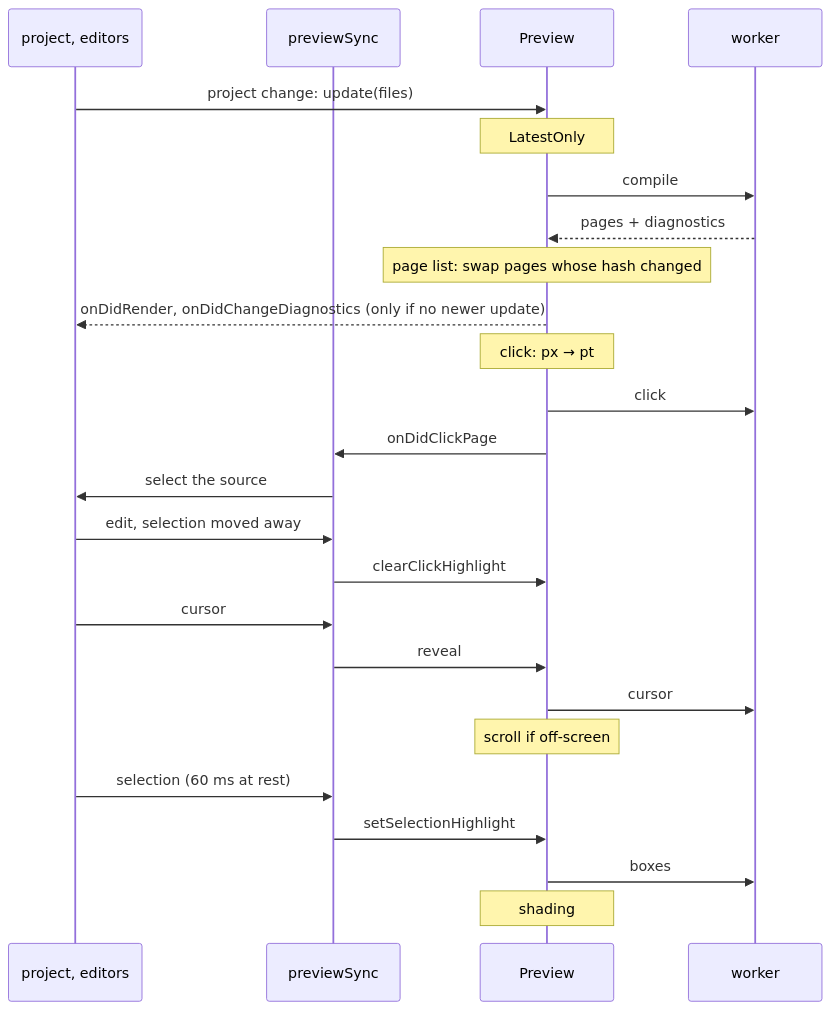
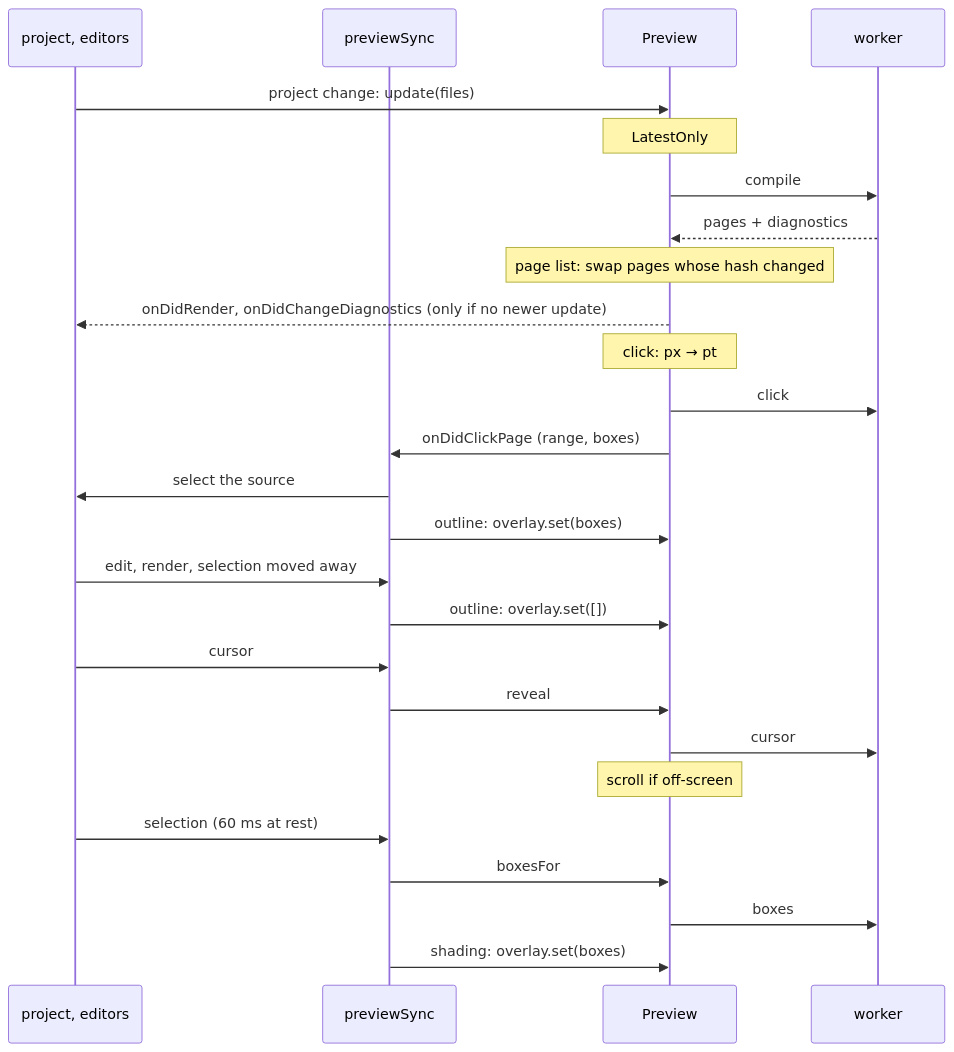
One commit to sandstorm/zwiebelfisch changed the diagram in docs/diagrams/preview-flow.mmd. Above: the diagram before and after it, drawn with Mermaid. The commit also changed 26 other files, not shown here.

First line of the commit message:
Page overlays: a preview contribution point; click outline and selection shading into preview-sync

```diff
--- a/docs/diagrams/preview-flow.mmd
+++ b/docs/diagrams/preview-flow.mmd
@@ -1,25 +1,26 @@
 sequenceDiagram
   participant E as project, editors
   participant S as previewSync
   participant P as Preview
   participant W as worker
   E->>P: project change: update(files)
   Note over P: LatestOnly
   P->>W: compile
   W-->>P: pages + diagnostics
   Note over P: page list: swap pages whose hash changed
   P-->>E: onDidRender, onDidChangeDiagnostics (only if no newer update)
   Note over P: click: px → pt
   P->>W: click
-  P->>S: onDidClickPage
+  P->>S: onDidClickPage (range, boxes)
   S->>E: select the source
-  E->>S: edit, selection moved away
-  S->>P: clearClickHighlight
+  S->>P: outline: overlay.set(boxes)
+  E->>S: edit, render, selection moved away
+  S->>P: outline: overlay.set([])
   E->>S: cursor
   S->>P: reveal
   P->>W: cursor
   Note over P: scroll if off-screen
   E->>S: selection (60 ms at rest)
-  S->>P: setSelectionHighlight
+  S->>P: boxesFor
   P->>W: boxes
-  Note over P: shading
+  S->>P: shading: overlay.set(boxes)
```
